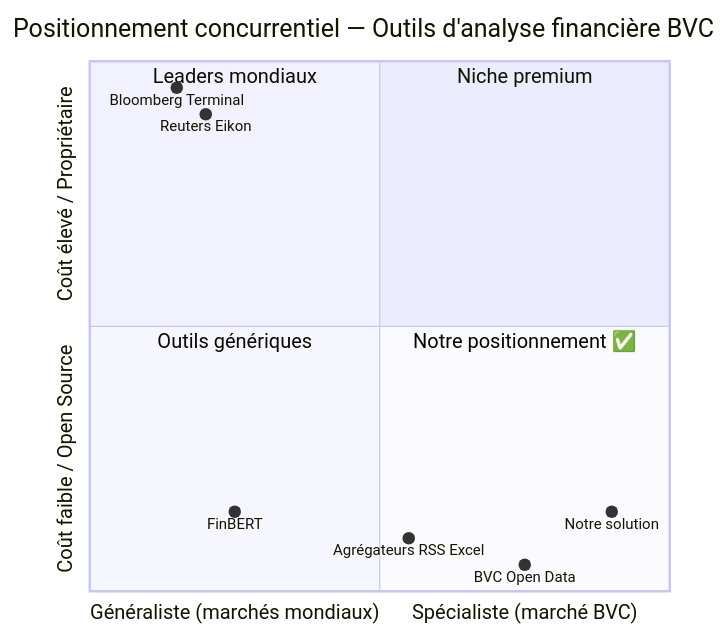
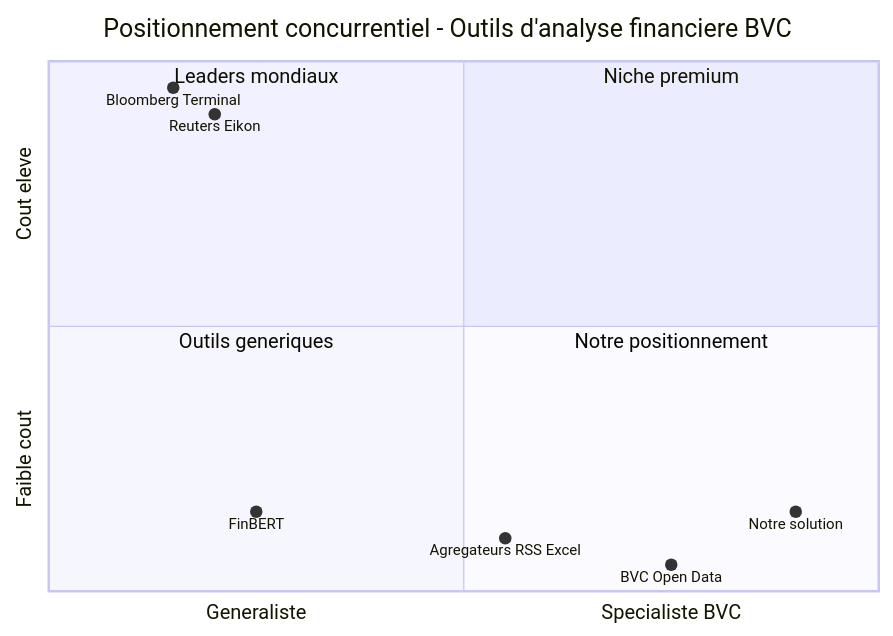
The third of 3 diagrams in report/partie1/chapitre_analyse_strategique.qmd (anas325/pfa_bvc), drawn with Mermaid before and after one commit. The commit also changed 1 other file, not shown here.

Commit message:
feat: *Generate report figures *Update competitive positioning and risk matrix charts in project report

````diff
--- a/report/partie1/chapitre_analyse_strategique.qmd
+++ b/report/partie1/chapitre_analyse_strategique.qmd
@@ -275,16 +275,24 @@
 ```{mermaid}
+---
+config:
+  quadrantChart:
+    chartWidth: 700
+    chartHeight: 500
+---
 quadrantChart
-    title Positionnement concurrentiel — Outils d'analyse financière BVC
-    x-axis "Généraliste (marchés mondiaux)" --> "Spécialiste (marché BVC)"
-    y-axis "Coût faible / Open Source" --> "Coût élevé / Propriétaire"
-    quadrant-1 "Niche premium"
-    quadrant-2 "Leaders mondiaux"
-    quadrant-3 "Outils génériques"
-    quadrant-4 "Notre positionnement ✅"
+    title Positionnement concurrentiel - Outils d'analyse financiere BVC
+    x-axis Generaliste --> Specialiste BVC
+    y-axis Faible cout --> Cout eleve
+
+    quadrant-1 Niche premium
+    quadrant-2 Leaders mondiaux
+    quadrant-3 Outils generiques
+    quadrant-4 Notre positionnement
+
     Bloomberg Terminal: [0.15, 0.95]
     Reuters Eikon: [0.20, 0.90]
     FinBERT: [0.25, 0.15]
     BVC Open Data: [0.75, 0.05]
-    Agrégateurs RSS Excel: [0.55, 0.10]
+    Agregateurs RSS Excel: [0.55, 0.10]
     Notre solution: [0.90, 0.15]
 ```
````
